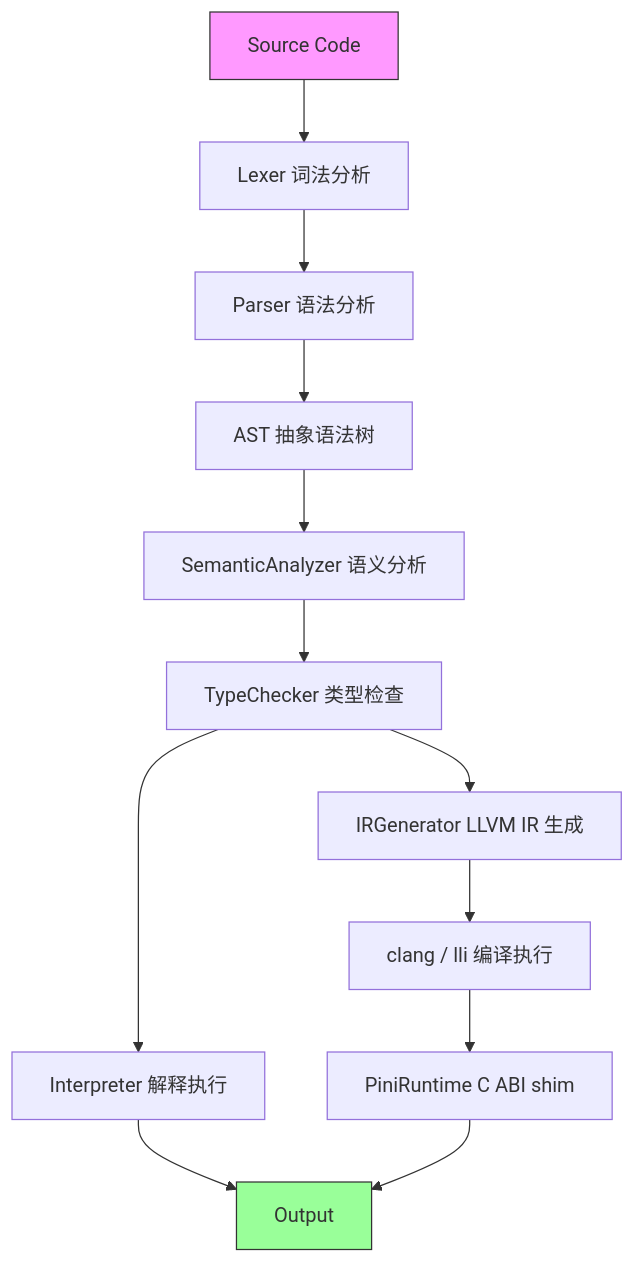
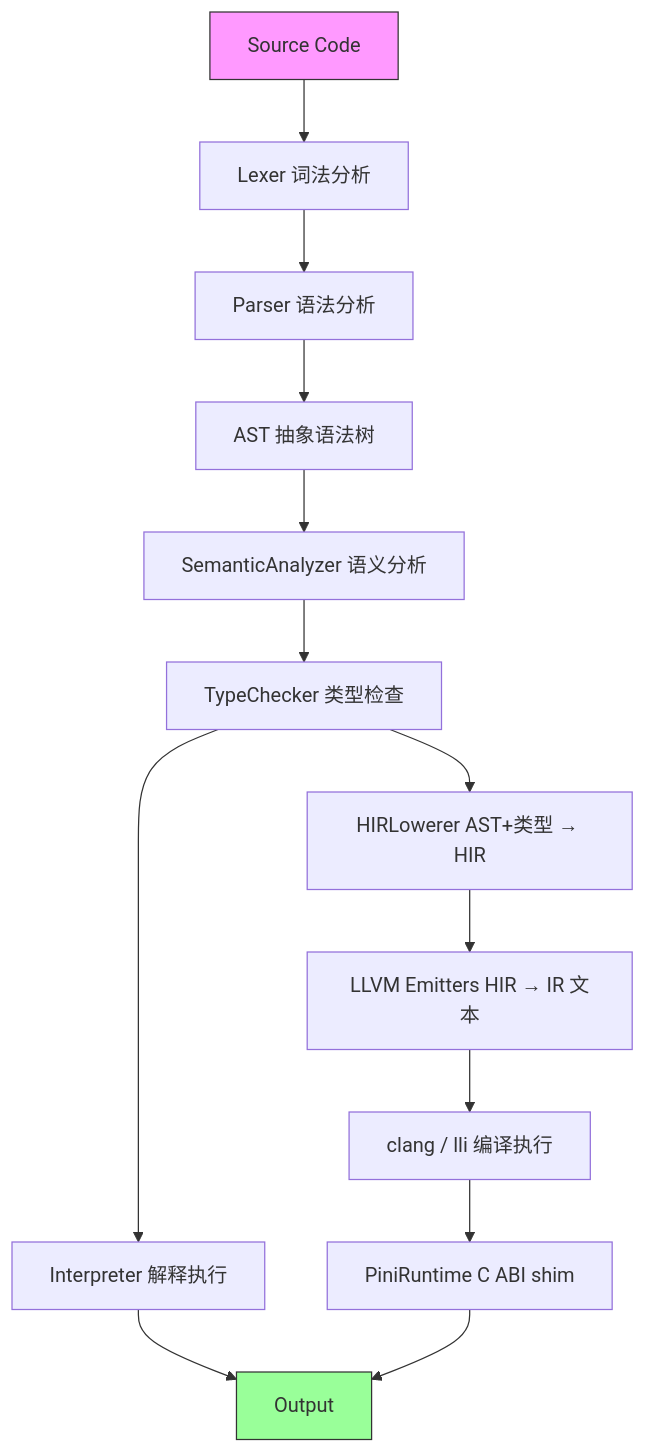
Before and after one commit to pini-lang/pini-swift: the diagram in README.md, drawn with Mermaid. The commit also changed other lines of this file and 3 other files, not shown here.

````diff
--- a/README.md
+++ b/README.md
@@ -249,18 +249,19 @@
 ```mermaid
 graph TD
     A[Source Code] --> B[Lexer 词法分析]
     B --> C[Parser 语法分析]
     C --> D[AST 抽象语法树]
     D --> E[SemanticAnalyzer 语义分析]
     E --> F[TypeChecker 类型检查]
     F --> G[Interpreter 解释执行]
     G --> H[Output]
 
-    F --> I[IRGenerator LLVM IR 生成]
+    F --> HIR[HIRLowerer AST+类型 → HIR]
+    HIR --> I[LLVM Emitters HIR → IR 文本]
     I --> J[clang / lli 编译执行]
     J --> K[PiniRuntime C ABI shim]
     K --> H
 
     style A fill:#f9f,stroke:#333
     style H fill:#9f9,stroke:#333
 ```
````
